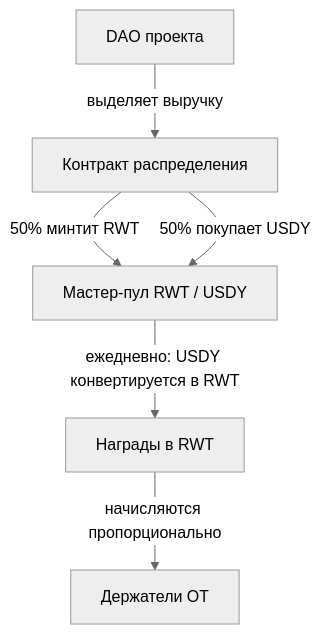
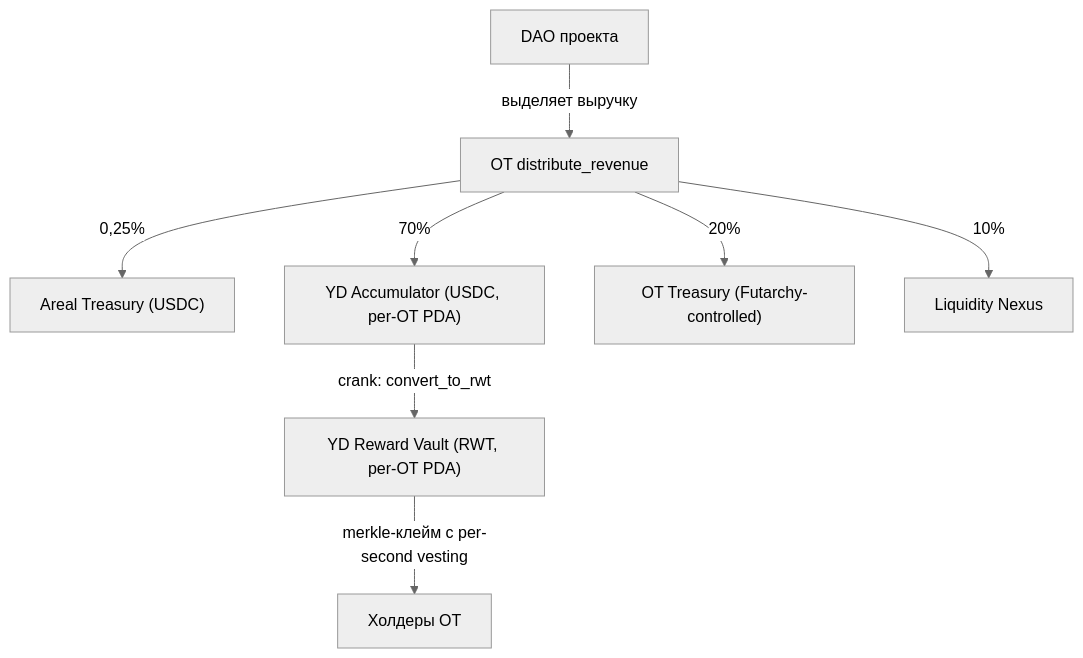
One commit to ArealFinance/docs changed the diagram in ru/architecture/yield-and-reward-distribution.mdx. Above: the diagram before and after it, drawn with Mermaid (neutral theme). The commit also changed other lines of this file and 8 other files, not shown here.

First line of the commit message:
docs(architecture): align yield distribution flow with actual contracts

````diff
--- a/ru/architecture/yield-and-reward-distribution.mdx
+++ b/ru/architecture/yield-and-reward-distribution.mdx
@@ -50,8 +53,10 @@
 ```mermaid
 graph TD
-    DAO["DAO проекта"] -->|"выделяет выручку"| DC["Контракт распределения"]
-    DC -->|"50% минтит RWT"| LP["Мастер-пул RWT / USDY"]
-    DC -->|"50% покупает USDY"| LP
-    LP -->|"ежедневно: USDY конвертируется в RWT"| R["Награды в RWT"]
-    R -->|"начисляются пропорционально"| H["Держатели OT"]
+    DAO["DAO проекта"] -->|"выделяет выручку"| OT["OT distribute_revenue"]
+    OT -->|"0,25%"| FEE["Areal Treasury (USDC)"]
+    OT -->|"70%"| ACC["YD Accumulator (USDC, per-OT PDA)"]
+    OT -->|"20%"| OTT["OT Treasury (Futarchy-controlled)"]
+    OT -->|"10%"| NX["Liquidity Nexus"]
+    ACC -->|"crank: convert_to_rwt"| RV["YD Reward Vault (RWT, per-OT PDA)"]
+    RV -->|"merkle-клейм с per-second vesting"| H["Холдеры OT"]
 ```
````
